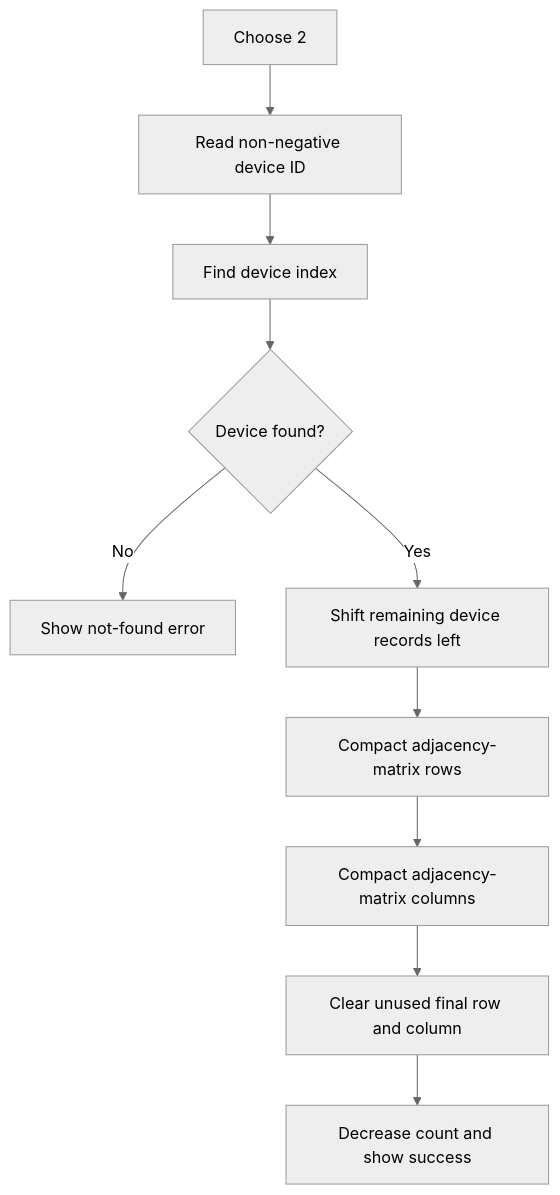
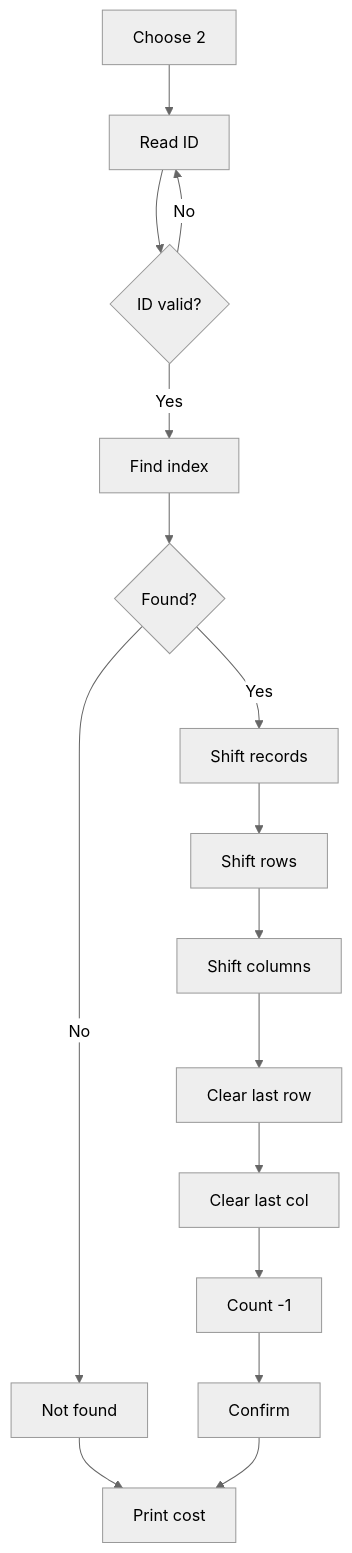
The third of 11 diagrams in docs/WORKFLOWS.md (Kanechiii/nodex), drawn with Mermaid (neutral theme) before and after one commit. The commit also changed other lines of this file and 5 other files, not shown here.

````diff
--- a/docs/WORKFLOWS.md
+++ b/docs/WORKFLOWS.md
@@ -58,12 +64,18 @@
 ```mermaid
 flowchart TD
-    A["Choose 2"] --> B["Read non-negative device ID"]
-    B --> C["Find device index"]
-    C --> D{"Device found?"}
-    D -->|"No"| X["Show not-found error"]
-    D -->|"Yes"| E["Shift remaining device records left"]
-    E --> F["Compact adjacency-matrix rows"]
-    F --> G["Compact adjacency-matrix columns"]
-    G --> H["Clear unused final row and column"]
-    H --> I["Decrease count and show success"]
+    A["Choose 2"] --> B["Read ID"]
+    B --> C{"ID valid?"}
+    C -->|"No"| B
+    C -->|"Yes"| D["Find index"]
+    D --> E{"Found?"}
+    E -->|"No"| X["Not found"]
+    E -->|"Yes"| F["Shift records"]
+    F --> G["Shift rows"]
+    G --> H["Shift columns"]
+    H --> I["Clear last row"]
+    I --> J["Clear last col"]
+    J --> K["Count -1"]
+    K --> L["Confirm"]
+    X --> Z["Print cost"]
+    L --> Z
 ```
````
